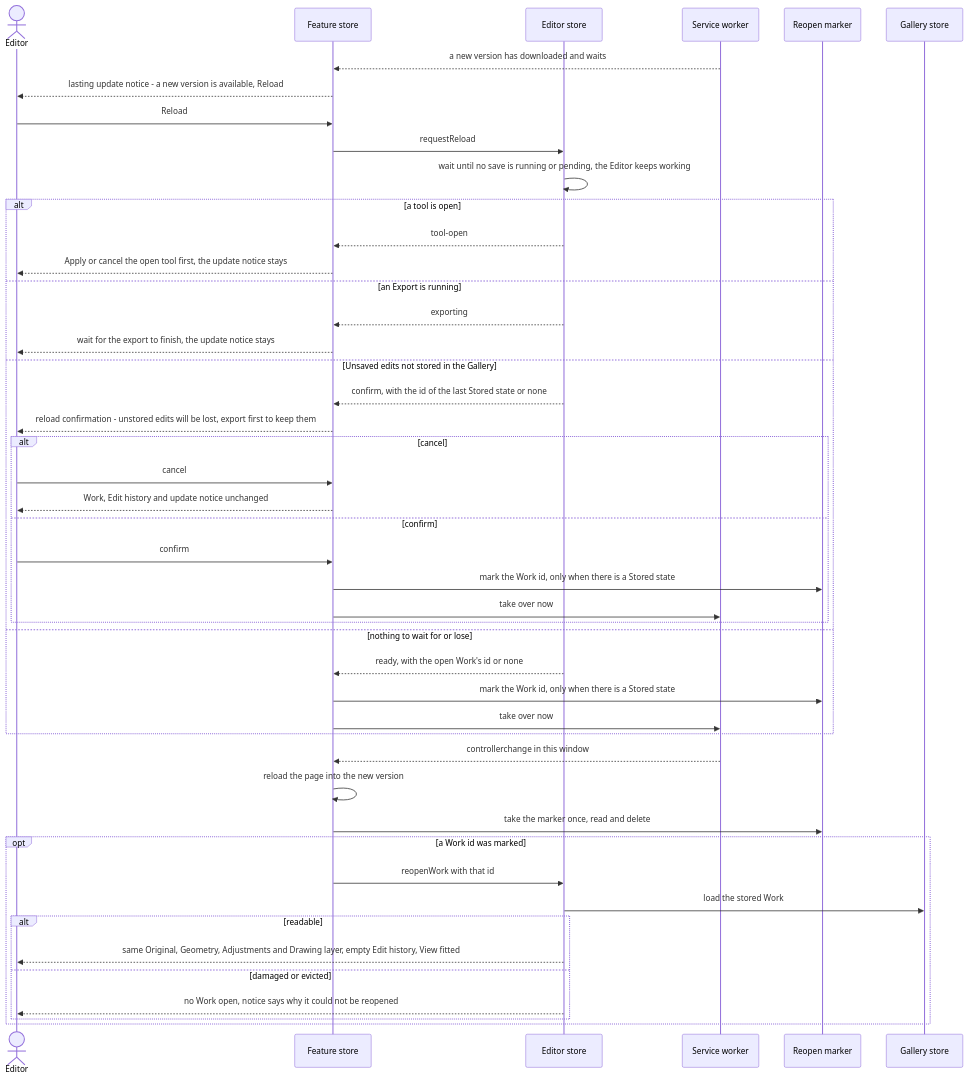
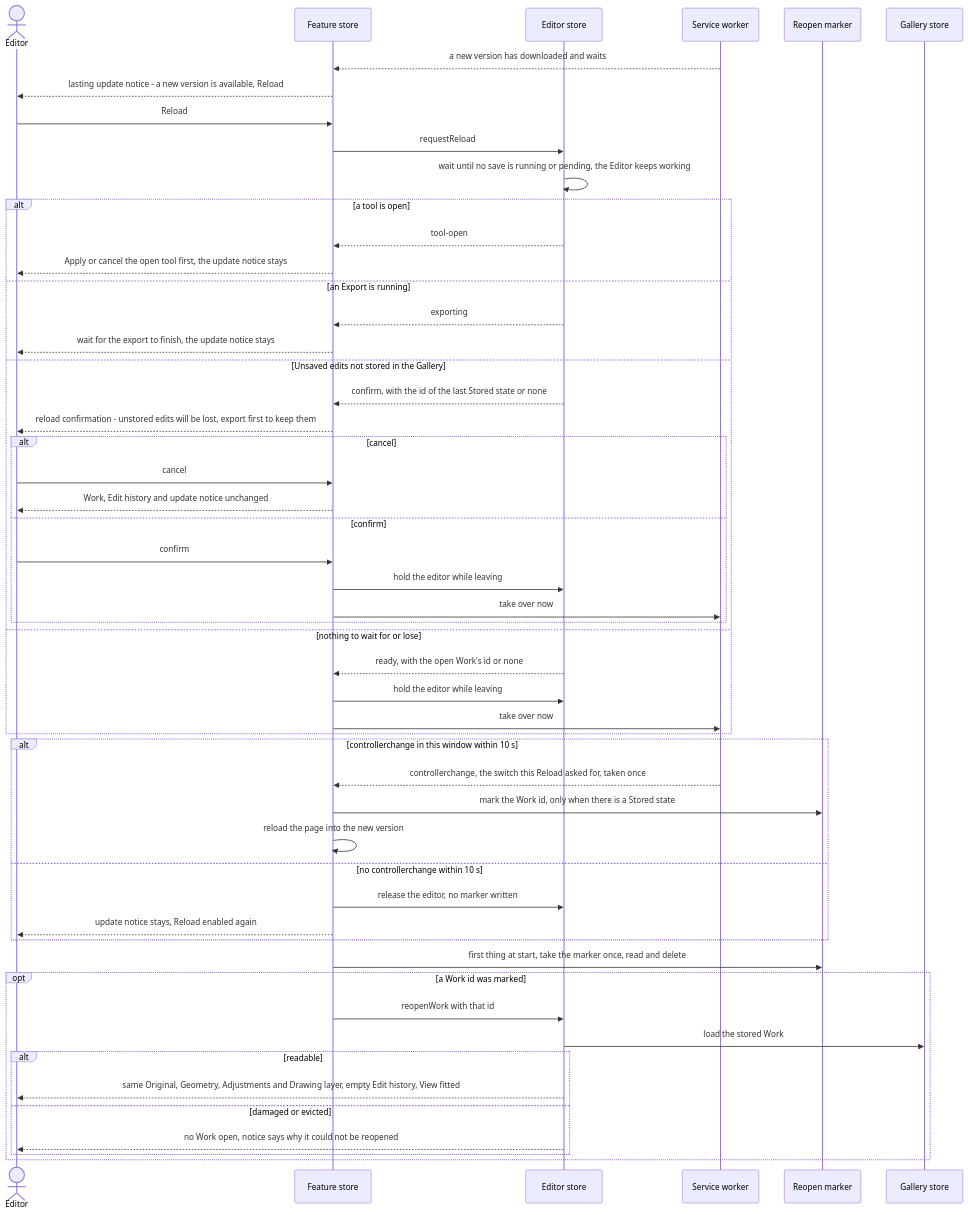
Before and after one commit to Blazheiko/imgly: the third of 8 diagrams in docs/features/pwa-install-update/sad.md, drawn with Mermaid. The commit also changed other lines of this file and 4 other files, not shown here.

First line of the commit message:
docs(pwa-install-update): amend ADR-0003 and the sad to the marker order and Reload choice as built

````diff
--- a/docs/features/pwa-install-update/sad.md
+++ b/docs/features/pwa-install-update/sad.md
@@ -229,48 +229,54 @@
 ```mermaid
 sequenceDiagram
     actor Editor
     participant Feature as Feature store
     participant Store as Editor store
     participant SW as Service worker
     participant Marker as Reopen marker
     participant DB as Gallery store
     SW-->>Feature: a new version has downloaded and waits
     Feature-->>Editor: lasting update notice - a new version is available, Reload
     Editor->>Feature: Reload
     Feature->>Store: requestReload
     Store->>Store: wait until no save is running or pending, the Editor keeps working
     alt a tool is open
         Store-->>Feature: tool-open
         Feature-->>Editor: Apply or cancel the open tool first, the update notice stays
     else an Export is running
         Store-->>Feature: exporting
         Feature-->>Editor: wait for the export to finish, the update notice stays
     else Unsaved edits not stored in the Gallery
         Store-->>Feature: confirm, with the id of the last Stored state or none
         Feature-->>Editor: reload confirmation - unstored edits will be lost, export first to keep them
         alt cancel
             Editor->>Feature: cancel
             Feature-->>Editor: Work, Edit history and update notice unchanged
         else confirm
             Editor->>Feature: confirm
-            Feature->>Marker: mark the Work id, only when there is a Stored state
+            Feature->>Store: hold the editor while leaving
             Feature->>SW: take over now
         end
     else nothing to wait for or lose
         Store-->>Feature: ready, with the open Work's id or none
-        Feature->>Marker: mark the Work id, only when there is a Stored state
+        Feature->>Store: hold the editor while leaving
         Feature->>SW: take over now
     end
-    SW-->>Feature: controllerchange in this window
-    Feature->>Feature: reload the page into the new version
-    Feature->>Marker: take the marker once, read and delete
+    alt controllerchange in this window within 10 s
+        SW-->>Feature: controllerchange, the switch this Reload asked for, taken once
+        Feature->>Marker: mark the Work id, only when there is a Stored state
+        Feature->>Feature: reload the page into the new version
+    else no controllerchange within 10 s
+        Feature->>Store: release the editor, no marker written
+        Feature-->>Editor: update notice stays, Reload enabled again
+    end
+    Feature->>Marker: first thing at start, take the marker once, read and delete
     opt a Work id was marked
         Feature->>Store: reopenWork with that id
         Store->>DB: load the stored Work
         alt readable
             Store-->>Editor: same Original, Geometry, Adjustments and Drawing layer, empty Edit history, View fitted
         else damaged or evicted
             Store-->>Editor: no Work open, notice says why it could not be reopened
         end
     end
 ```
````
